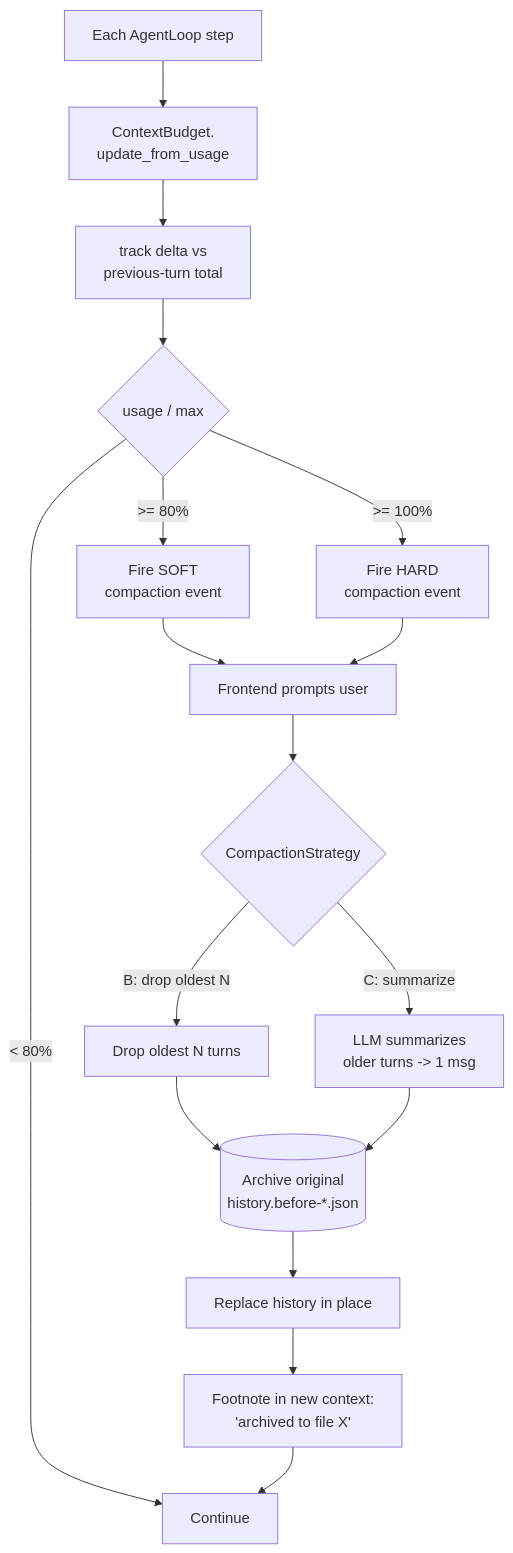
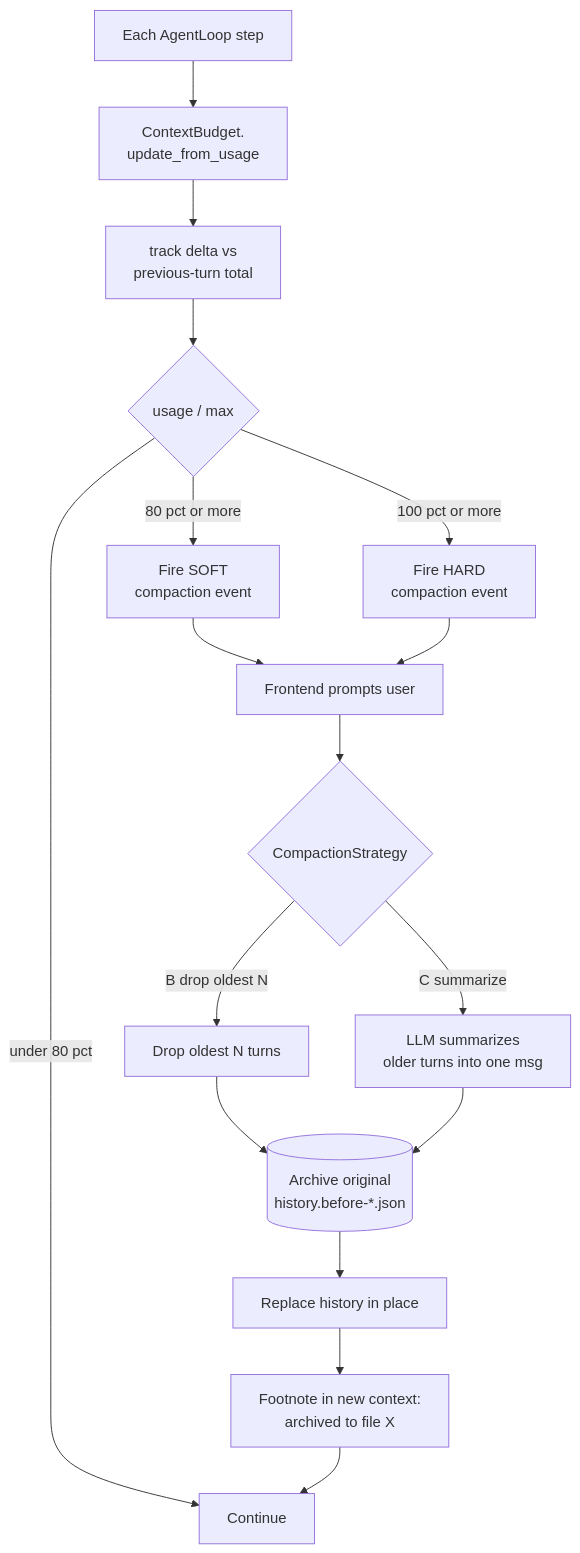
The seventh of 8 diagrams in architecture/diagrams.md (Serhiy-Todchuk/Locus), drawn with Mermaid before and after one commit. The commit also changed other lines of this file and 8 other files, not shown here.

Commit message:
Memory bank planning and diagram fixes.

````diff
--- a/architecture/diagrams.md
+++ b/architecture/diagrams.md
@@ -318,23 +318,23 @@
 ```mermaid
 flowchart TB
     Step[Each AgentLoop step] --> Up[ContextBudget.<br/>update_from_usage]
     Up --> Track[track delta vs<br/>previous-turn total]
     Track --> Pct{usage / max}
 
-    Pct -->|< 80%| Cont[Continue]
-    Pct -->|>= 80%| Soft[Fire SOFT<br/>compaction event]
-    Pct -->|>= 100%| Hard[Fire HARD<br/>compaction event]
+    Pct -->|under 80 pct| Cont[Continue]
+    Pct -->|80 pct or more| Soft[Fire SOFT<br/>compaction event]
+    Pct -->|100 pct or more| Hard[Fire HARD<br/>compaction event]
 
     Soft --> Prompt[Frontend prompts user]
     Hard --> Prompt
 
     Prompt --> Strat{CompactionStrategy}
-    Strat -->|B: drop oldest N| SB[Drop oldest N turns]
-    Strat -->|C: summarize| SC[LLM summarizes<br/>older turns -> 1 msg]
+    Strat -->|B drop oldest N| SB[Drop oldest N turns]
+    Strat -->|C summarize| SC["LLM summarizes<br/>older turns into one msg"]
 
-    SB --> Arch[(Archive original<br/>history.before-*.json)]
+    SB --> Arch[("Archive original<br/>history.before-*.json")]
     SC --> Arch
     Arch --> Repl[Replace history in place]
-    Repl --> Foot[Footnote in new context:<br/>'archived to file X']
+    Repl --> Foot["Footnote in new context:<br/>archived to file X"]
     Foot --> Cont
 ```
````
